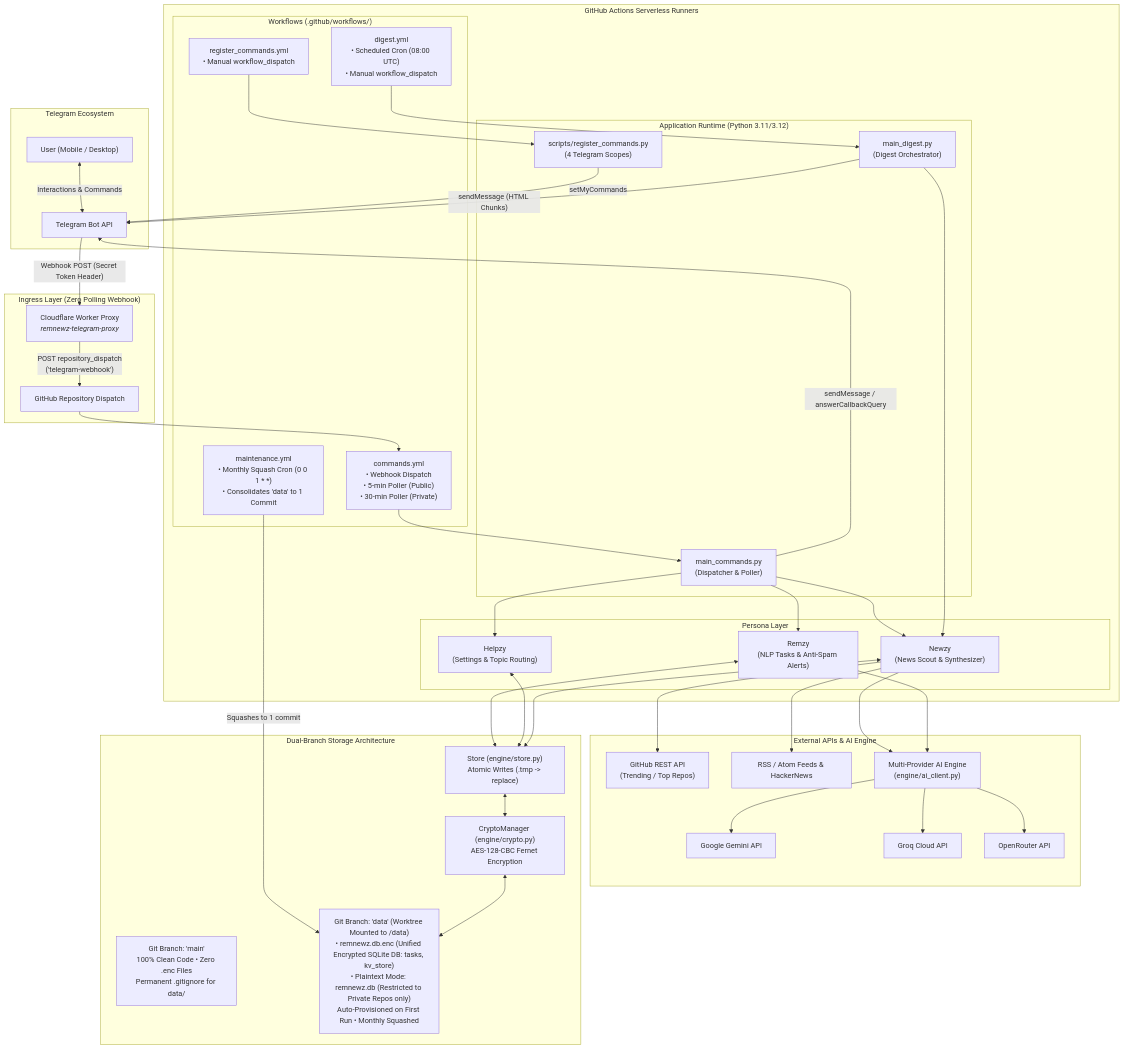
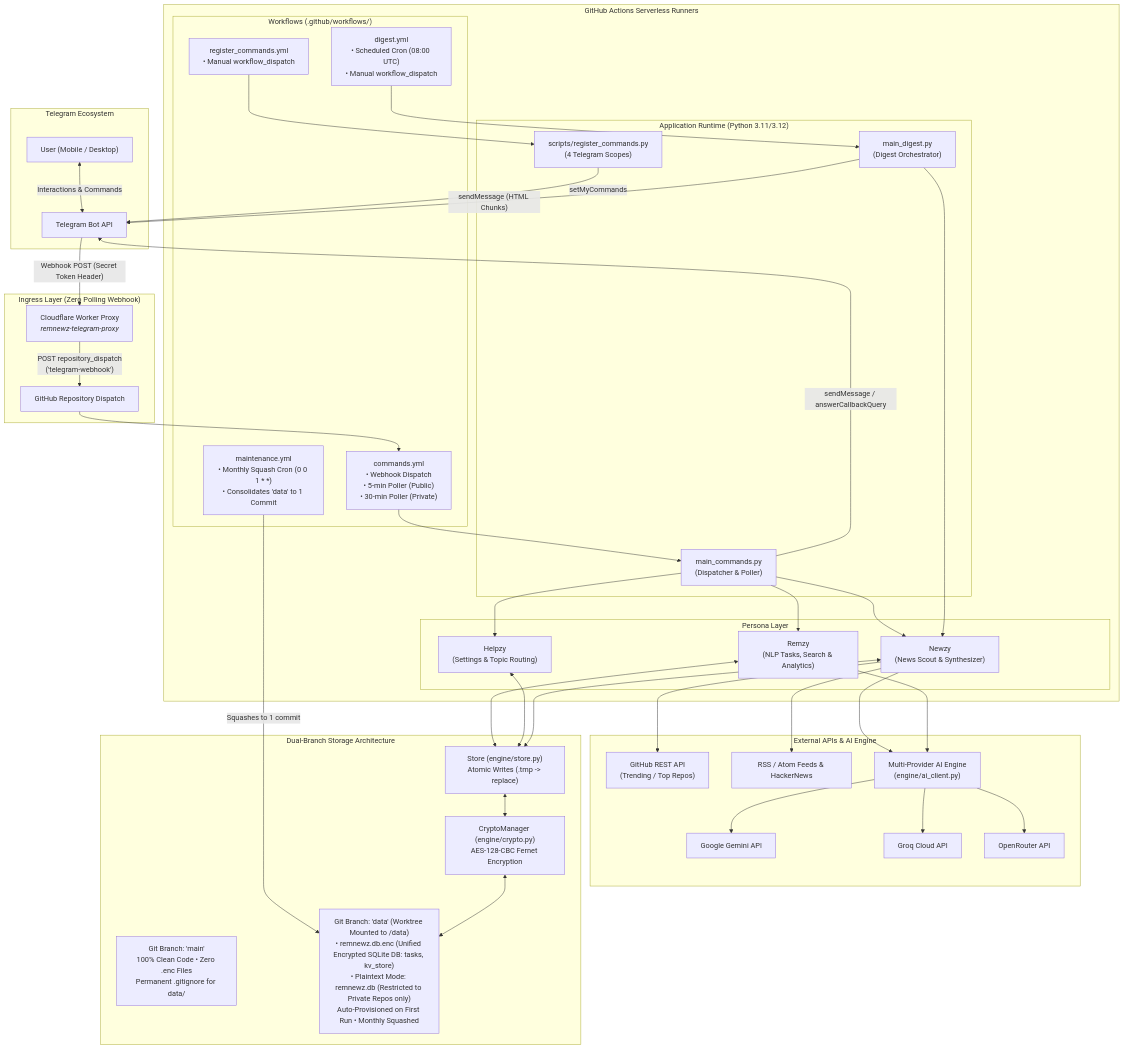
One commit to joydeepd900/RemNewz changed the first of 7 diagrams in Project Docs/structures.md. Above: the diagram before and after it, drawn with Mermaid. The commit also changed other lines of this file and 2 other files, not shown here.

Commit message:
docs: update Phases, Architecture, and structures for SQLite migration and Search/Stats

```diff
--- a/Project Docs/structures.md
+++ b/Project Docs/structures.md
@@ -42,7 +42,7 @@
 
         subgraph Personas["Persona Layer"]
             NEWZY["Newzy<br/>(News Scout & Synthesizer)"]
-            REMZY["Remzy<br/>(NLP Tasks & Anti-Spam Alerts)"]
+            REMZY["Remzy<br/>(NLP Tasks, Search & Analytics)"]
             HELPZY["Helpzy<br/>(Settings & Topic Routing)"]
             
             MAIN_CMD --> HELPZY
```
